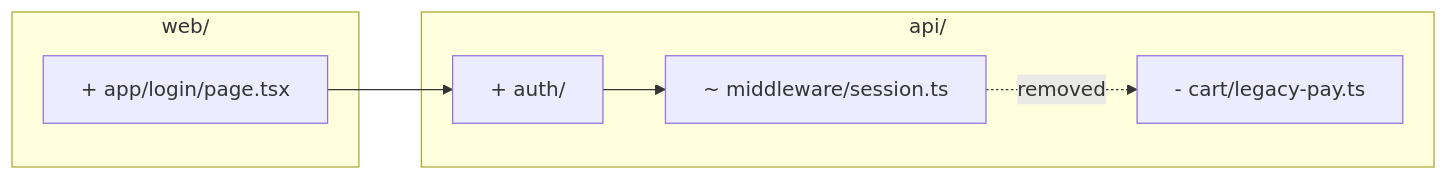
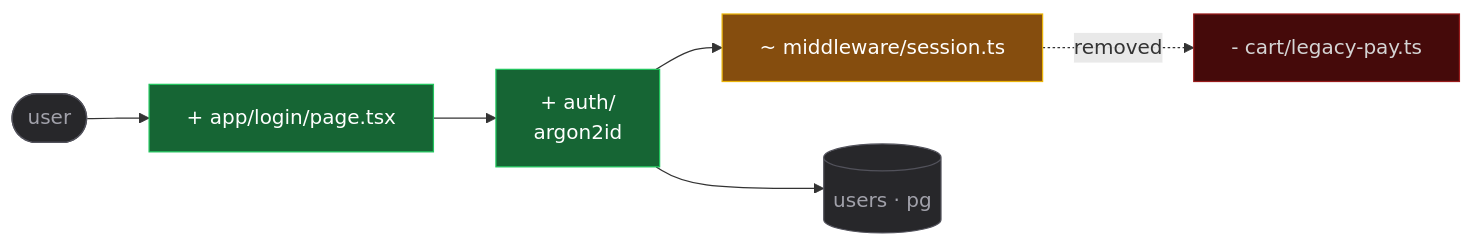
Before and after one commit to shoto290/shoto: the diagram in plugins/git/skills/create/reference/pr-body-rules.md, drawn with Mermaid. The commit also changed other lines of this file and 2 other files, not shown here.

Commit message:
feat(core): add canvas color palette and QoL rules
Fix a 5-state classDef palette (add/chg/del/blocker/ctx) for the
mermaid canvas, using opaque fills with explicit text color so it
stays readable in light and dark themes and in GitHub PR bodies.
Color reinforces the +/~/- prefix, it never replaces it.

Add four QoL rules: LR by default, TD when the graph is deeper than
wide; shape carries type (([entry]), [(datastore)], {{external}});
a <br/> second label line for one metric instead of a separate
table; grey ctx nodes for unchanged context that orients the
reviewer.

Mirror the same palette and rules into git:create's own
pr-body-rules.md reference, since it does not preload
core:response-style and authors PR bodies independently.

Bump core to 0.19.0 so it clears origin/main's 0.18.0 (reached
independently via PR #87 while this branch's PR #86 was open).

````diff
--- a/plugins/git/skills/create/reference/pr-body-rules.md
+++ b/plugins/git/skills/create/reference/pr-body-rules.md
@@ -45,14 +49,17 @@
 ```mermaid
 flowchart LR
-  subgraph API["api/"]
-    AUTH["+ auth/"]
-    MW["~ middleware/session.ts"]
-    LEG["- cart/legacy-pay.ts"]
-  end
-  subgraph WEB["web/"]
-    LOGIN["+ app/login/page.tsx"]
-  end
-  LOGIN --> AUTH
-  AUTH --> MW
-  MW -.->|removed| LEG
+  U(["user"]) --> LOGIN["+ app/login/page.tsx"]
+  LOGIN --> AUTH["+ auth/<br/>argon2id"]
+  AUTH --> MW["~ middleware/session.ts"]
+  AUTH --> DB[("users · pg")]
+  MW -.->|removed| LEG["- cart/legacy-pay.ts"]
+
+  classDef add fill:#166534,stroke:#22c55e,color:#fff
+  classDef chg fill:#854d0e,stroke:#eab308,color:#fff
+  classDef del fill:#450a0a,stroke:#991b1b,color:#d4d4d4
+  classDef ctx fill:#27272a,stroke:#52525b,color:#a1a1aa
+  class AUTH,LOGIN add
+  class MW chg
+  class LEG del
+  class U,DB ctx
 ```
````
